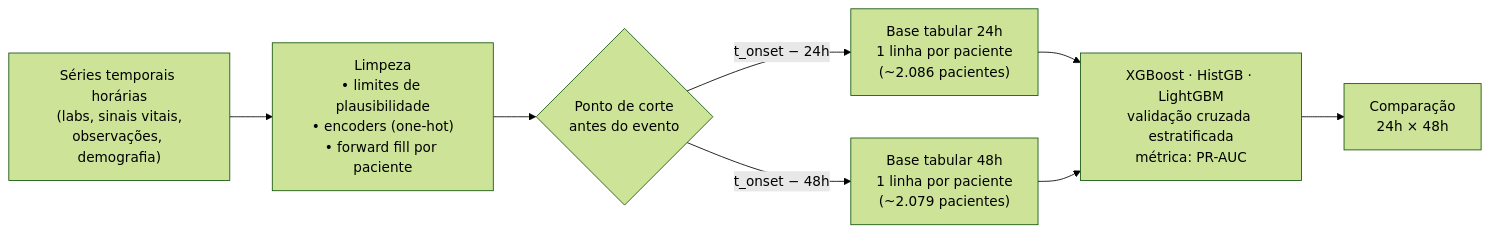
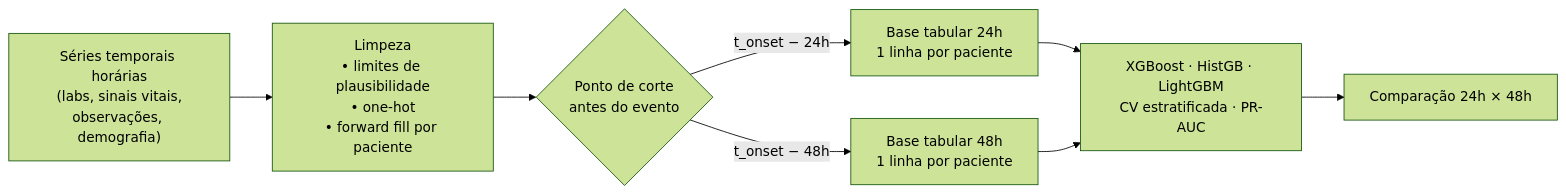
Before and after one commit to JuscelinoCarvalho/DataScienceMBA: the first of 2 diagrams in README.md, drawn with Mermaid (forest theme). The commit also changed other lines of this file and 15 other files, not shown here.

````diff
--- a/README.md
+++ b/README.md
@@ -61,10 +169,10 @@
 ```mermaid
 flowchart LR
-    A["Séries temporais horárias<br/>(labs, sinais vitais,<br/>observações, demografia)"] --> B["Limpeza<br/>• limites de plausibilidade<br/>• encoders (one-hot)<br/>• forward fill por paciente"]
+    A["Séries temporais horárias<br/>(labs, sinais vitais,<br/>observações, demografia)"] --> B["Limpeza<br/>• limites de plausibilidade<br/>• one-hot<br/>• forward fill por paciente"]
     B --> C{"Ponto de corte<br/>antes do evento"}
-    C -->|"t_onset − 24h"| D["Base tabular 24h<br/>1 linha por paciente<br/>(~2.086 pacientes)"]
-    C -->|"t_onset − 48h"| E["Base tabular 48h<br/>1 linha por paciente<br/>(~2.079 pacientes)"]
-    D --> F["XGBoost · HistGB · LightGBM<br/>validação cruzada estratificada<br/>métrica: PR-AUC"]
+    C -->|"t_onset − 24h"| D["Base tabular 24h<br/>1 linha por paciente"]
+    C -->|"t_onset − 48h"| E["Base tabular 48h<br/>1 linha por paciente"]
+    D --> F["XGBoost · HistGB · LightGBM<br/>CV estratificada · PR-AUC"]
     E --> F
-    F --> G["Comparação<br/>24h × 48h"]
+    F --> G["Comparação 24h × 48h"]
 ```
````
